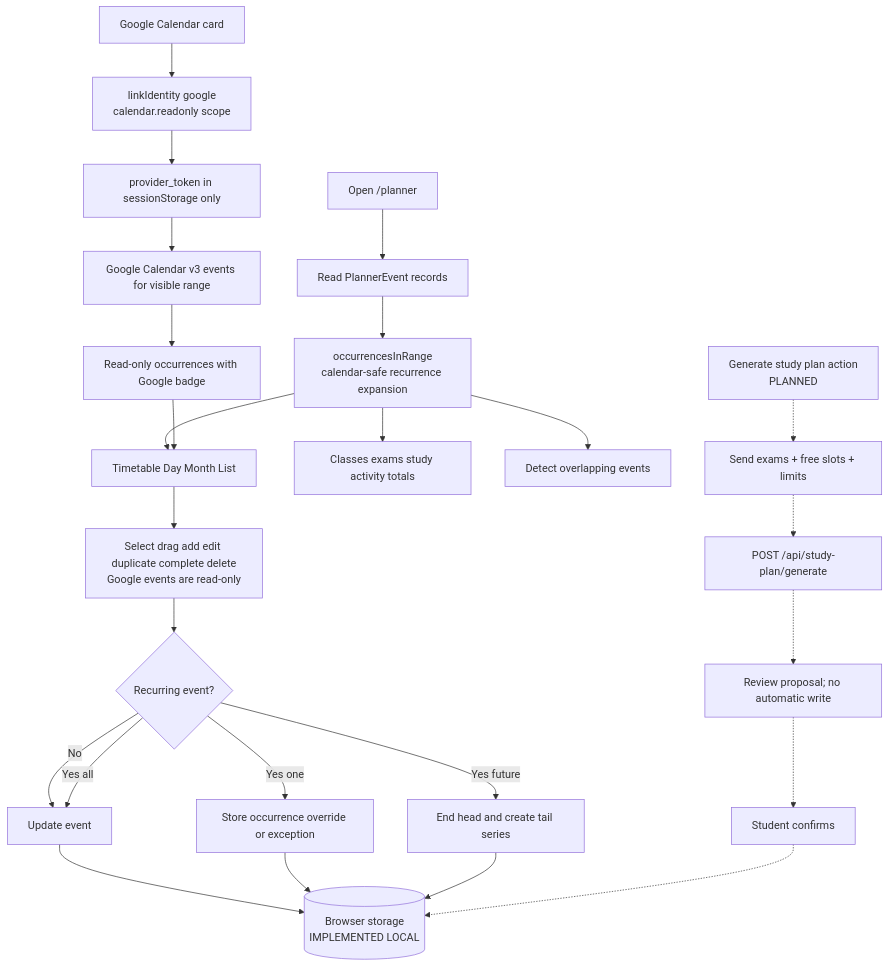
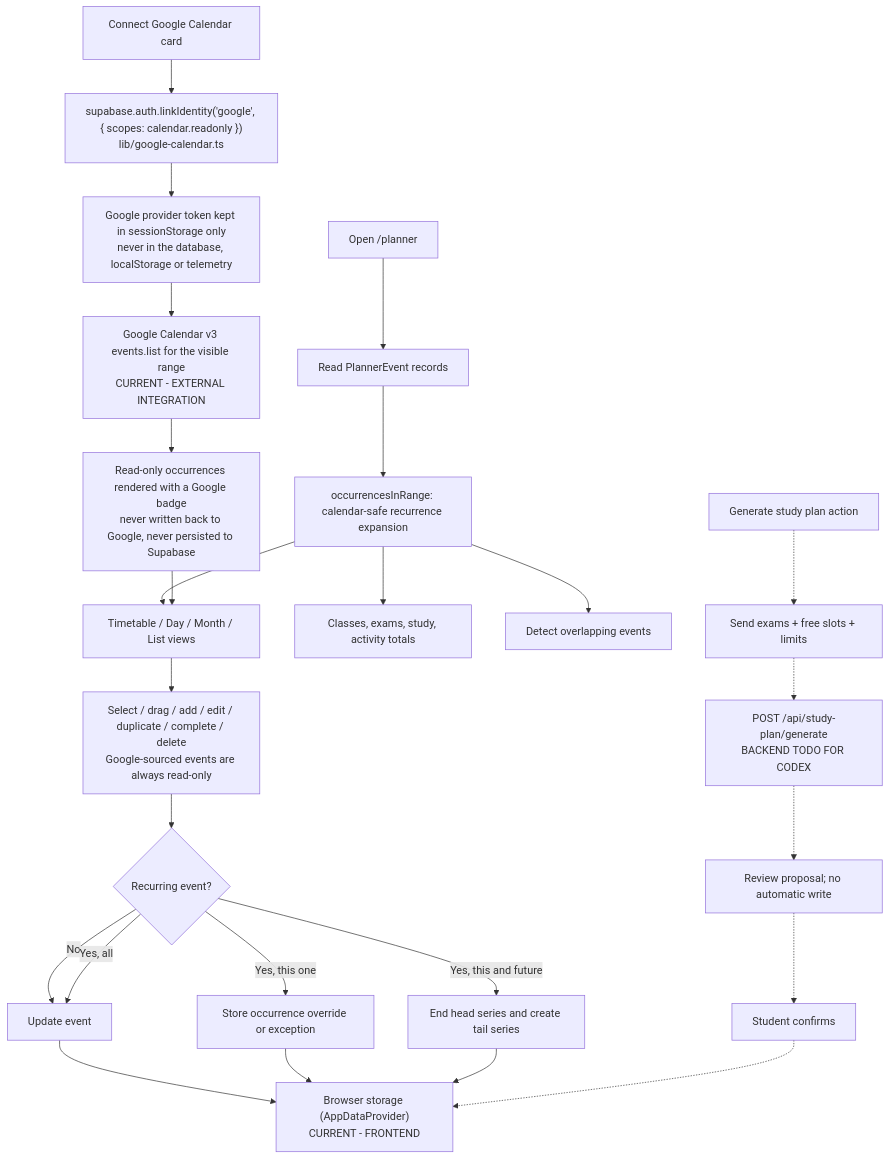
Before and after one commit to keyshavmor/study-swiss-star: the diagram in docs/wireframes/10-planner.mmd, drawn with Mermaid. The commit also changed 91 other files, not shown here.

```diff
--- a/docs/wireframes/10-planner.mmd
+++ b/docs/wireframes/10-planner.mmd
@@ -1,25 +1,26 @@
+%% /planner (routes/_authenticated/planner.tsx) including read-only Google Calendar merge.
 flowchart TD
-  Open[Open /planner] --> Events[Read PlannerEvent records]
-  Events --> Expand[occurrencesInRange\ncalendar-safe recurrence expansion]
-  Expand --> Views[Timetable Day Month List]
-  Expand --> Totals[Classes exams study activity totals]
-  Expand --> Conflict[Detect overlapping events]
-  Google[Google Calendar card] --> Link[linkIdentity google\ncalendar.readonly scope]
-  Link --> Token[provider_token in sessionStorage only]
-  Token --> Fetch[Google Calendar v3 events for visible range]
-  Fetch --> Merge[Read-only occurrences with Google badge]
+  Open["Open /planner"] --> Events["Read PlannerEvent records"]
+  Events --> Expand["occurrencesInRange: calendar-safe recurrence expansion"]
+  Expand --> Views["Timetable / Day / Month / List views"]
+  Expand --> Totals["Classes, exams, study, activity totals"]
+  Expand --> Conflict["Detect overlapping events"]
+  Google["Connect Google Calendar card"] --> Link["supabase.auth.linkIdentity('google', { scopes: calendar.readonly })<br/>lib/google-calendar.ts"]
+  Link --> Token["Google provider token kept in sessionStorage only<br/>never in the database, localStorage or telemetry"]
+  Token --> Fetch["Google Calendar v3 events.list for the visible range<br/>CURRENT - EXTERNAL INTEGRATION"]
+  Fetch --> Merge["Read-only occurrences rendered with a Google badge<br/>never written back to Google, never persisted to Supabase"]
   Merge --> Views
-  Views --> Interact[Select drag add edit duplicate complete delete\nGoogle events are read-only]
-  Interact --> Scope{Recurring event?}
-  Scope -->|No| Series[Update event]
-  Scope -->|Yes one| Override[Store occurrence override or exception]
-  Scope -->|Yes future| Split[End head and create tail series]
-  Scope -->|Yes all| Series
-  Series --> Store[(Browser storage\nIMPLEMENTED LOCAL)]
+  Views --> Interact["Select / drag / add / edit / duplicate / complete / delete<br/>Google-sourced events are always read-only"]
+  Interact --> Scope{"Recurring event?"}
+  Scope -->|No| Series["Update event"]
+  Scope -->|Yes, this one| Override["Store occurrence override or exception"]
+  Scope -->|Yes, this and future| Split["End head series and create tail series"]
+  Scope -->|Yes, all| Series
+  Series --> Store["Browser storage (AppDataProvider)<br/>CURRENT - FRONTEND"]
   Override --> Store
   Split --> Store
-  Generate[Generate study plan action\nPLANNED] -.-> Context[Send exams + free slots + limits]
-  Context -.-> Python[POST /api/study-plan/generate]
-  Python -.-> Review[Review proposal; no automatic write]
-  Review -.-> Confirm[Student confirms]
+  Generate["Generate study plan action"] -.-> Context["Send exams + free slots + limits"]
+  Context -.-> Python["POST /api/study-plan/generate<br/>BACKEND TODO FOR CODEX"]
+  Python -.-> Review["Review proposal; no automatic write"]
+  Review -.-> Confirm["Student confirms"]
   Confirm -.-> Store
```
